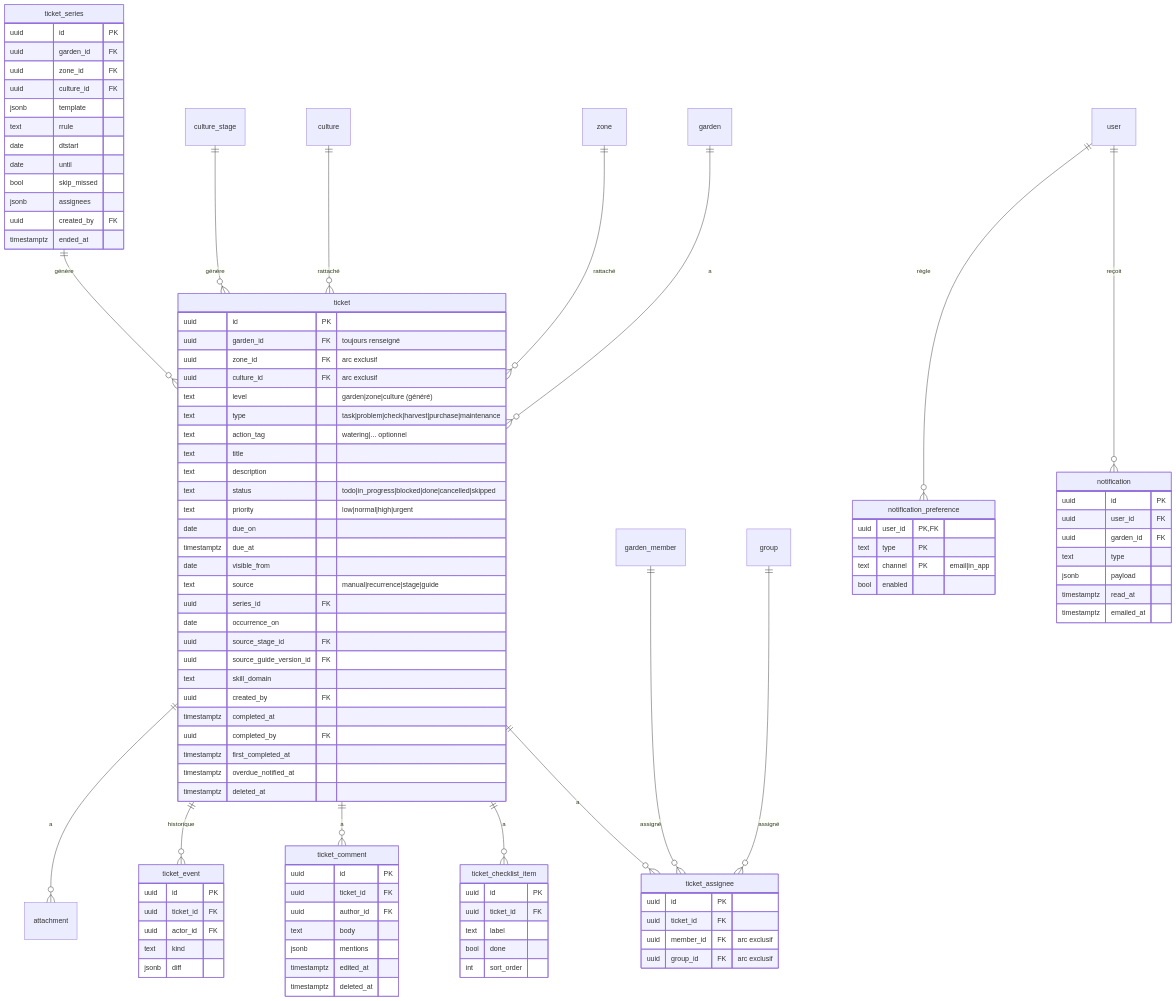
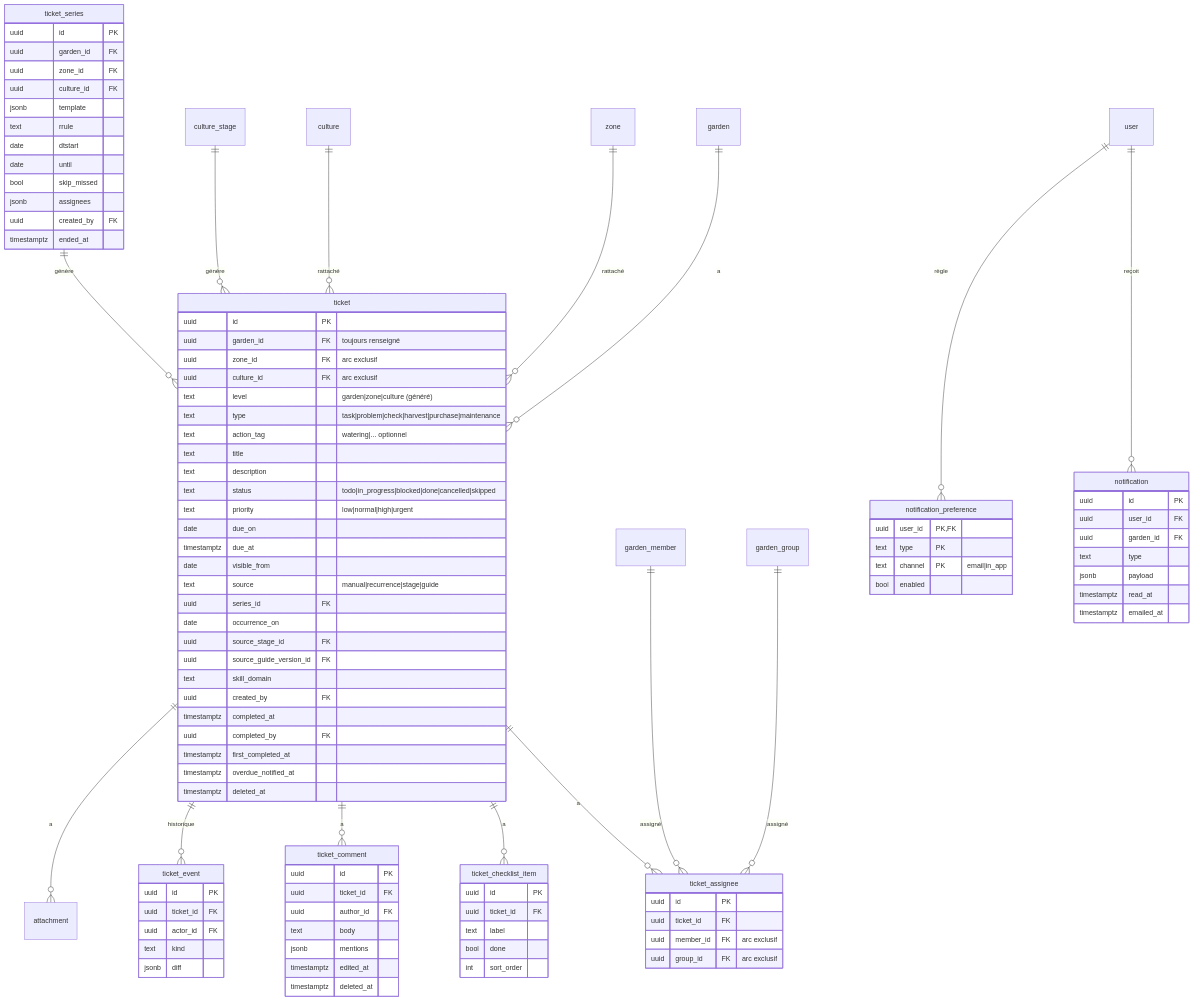
The third of 6 diagrams in SPEC.md (pedro88/GreenUu), drawn with Mermaid before and after one commit. The commit also changed other lines of this file and 19 other files, not shown here.

```diff
--- a/SPEC.md
+++ b/SPEC.md
@@ -711,7 +712,7 @@
   ticket_series ||--o{ ticket : "génère"
   ticket ||--o{ ticket_assignee : "a"
   garden_member ||--o{ ticket_assignee : "assigné"
-  group ||--o{ ticket_assignee : "assigné"
+  garden_group ||--o{ ticket_assignee : "assigné"
   ticket ||--o{ ticket_checklist_item : "a"
   ticket ||--o{ ticket_comment : "a"
   ticket ||--o{ ticket_event : "historique"
```
